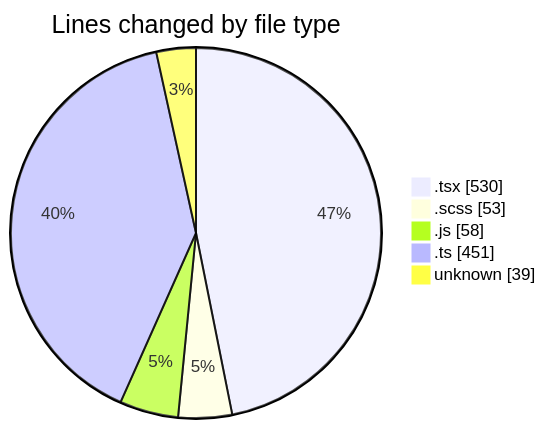
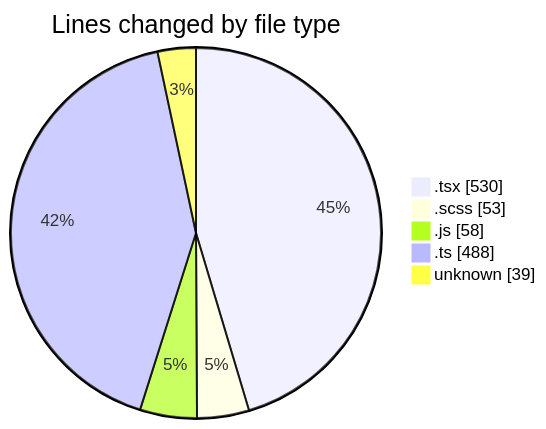
The first of 2 diagrams in 2025-05-02/cda/README.md (momahboobian/code-tracking), drawn with Mermaid before and after one commit. The commit also changed other lines of this file and 1 other file, not shown here.

````diff
--- a/2025-05-02/cda/README.md
+++ b/2025-05-02/cda/README.md
@@ -26,9 +26,9 @@
 ```mermaid
 pie showData
 title Lines changed by file type
 ".tsx" : 530
 ".scss" : 53
 ".js" : 58
-".ts" : 451
+".ts" : 488
 "unknown" : 39
 ```
````
